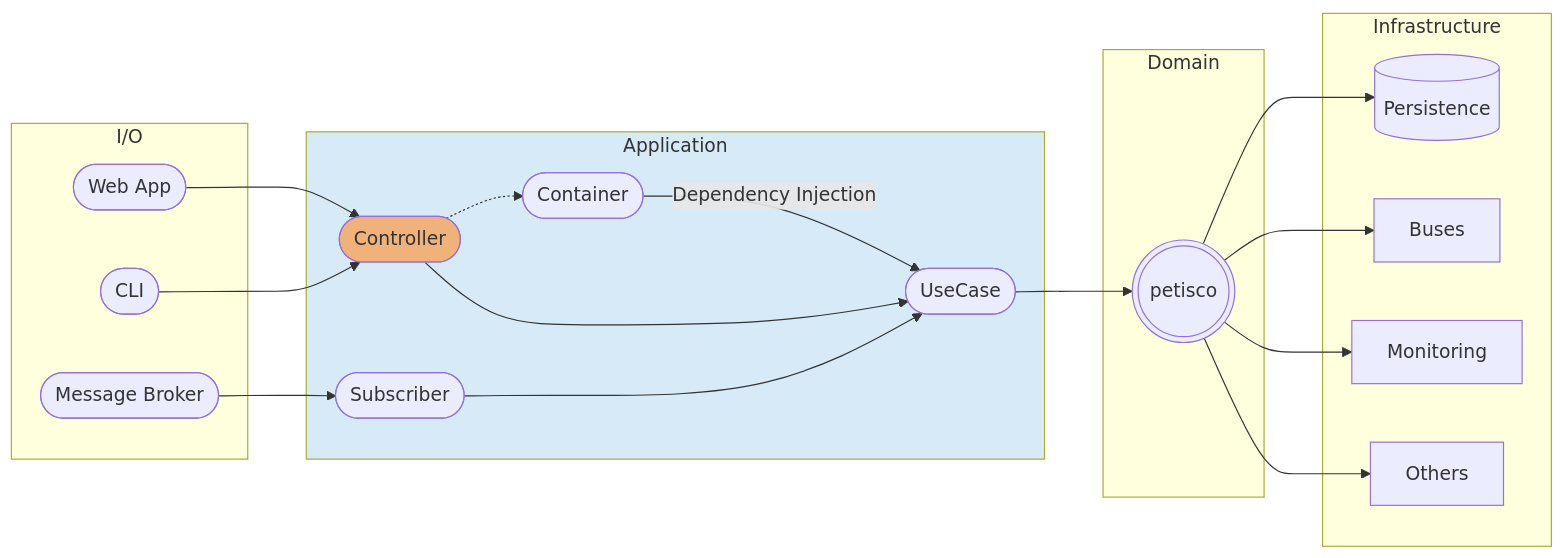
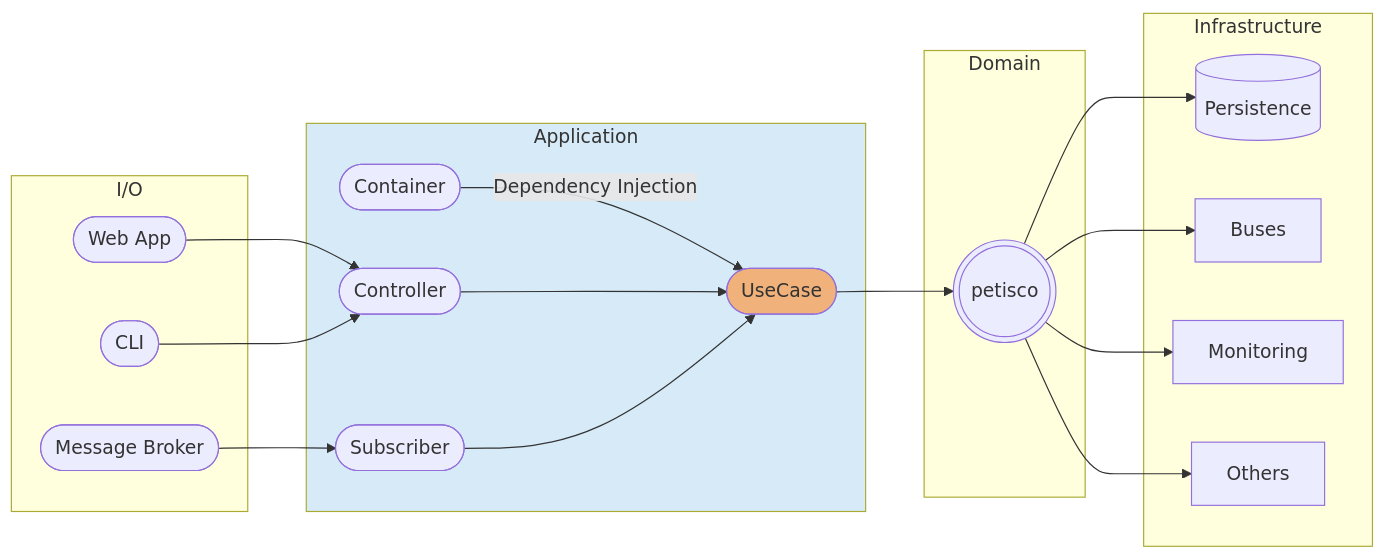
The third of 8 diagrams in docs/application.md (alice-biometrics/petisco), drawn with Mermaid before and after one commit. The commit also changed other lines of this file and 3 other files, not shown here.

````diff
--- a/docs/application.md
+++ b/docs/application.md
@@ -119,42 +155,40 @@
 ```mermaid
 flowchart LR
 
 		subgraph I/O
-		cli([CLI])
-        webapp([Web App])
-        message([Message Broker])
+            cli([CLI])
+            webapp([Web App])
+            message([Message Broker])
 		end
 		
-		dic([Container])		
-		dic-- Dependency Injection -->usecase
-
-		subgraph Application
-		controller([Controller])
-		usecase([UseCase])
-		subscriber([Subscriber])
-		controller .-> dic
-		controller --> usecase
-		subscriber --> usecase
+	    subgraph Application
+            dic([Container])		
+            dic-- Dependency Injection -->usecase
+            controller([Controller])
+            usecase([UseCase])
+            subscriber([Subscriber])
+            controller --> usecase
+            subscriber --> usecase
 		end
 		
 		webapp --> controller
 		cli --> controller
 		message --> subscriber
 
 		subgraph Domain
         petisco(((petisco)))
 		end
 		
 		usecase --> petisco
 
 		subgraph Infrastructure
-		Persistence[(Persistence)]
-		petisco --> Persistence
-		petisco --> Buses
-		petisco --> Monitoring
-		petisco --> Others
+            Persistence[(Persistence)]
+            petisco --> Persistence
+            petisco --> Buses
+            petisco --> Monitoring
+            petisco --> Others
 		end
 		
-		style controller fill:#F0B27A
+		style usecase fill:#F0B27A
 		style Application fill:#D6EAF8
 ```
````
